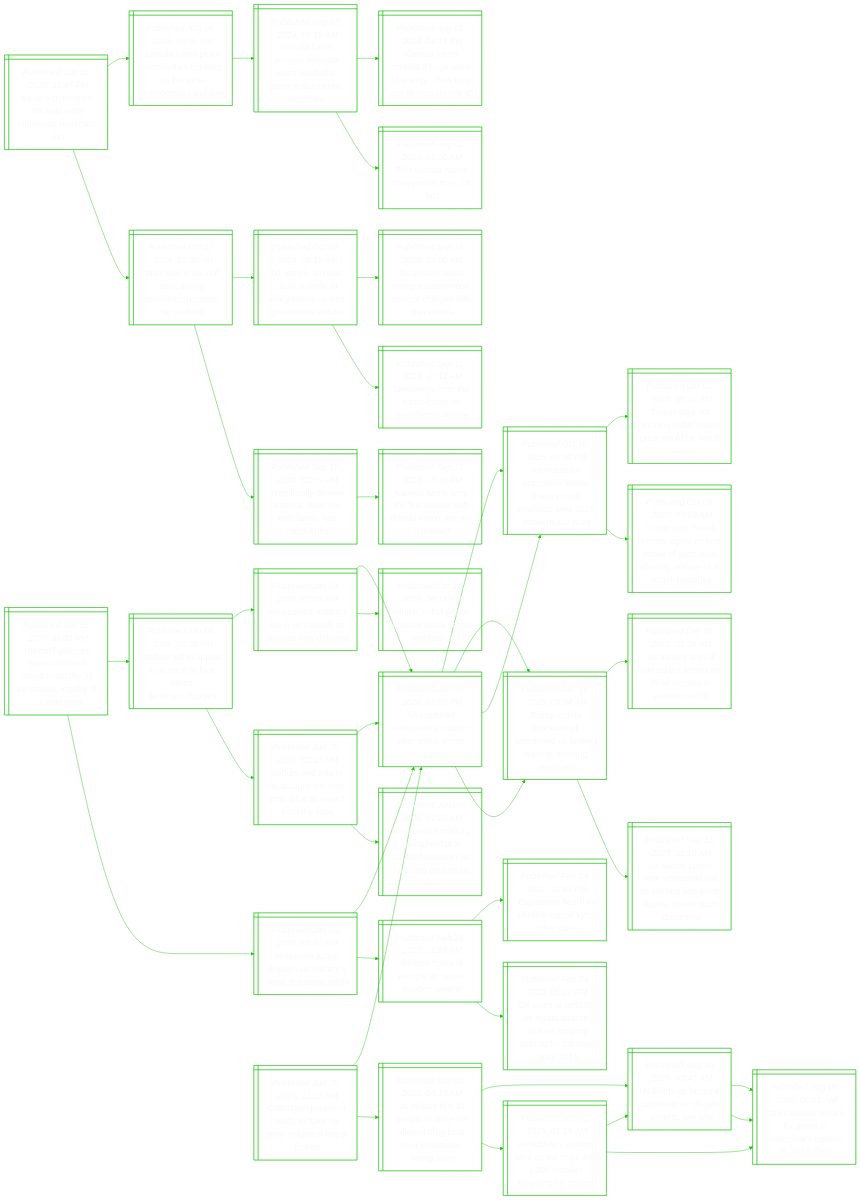
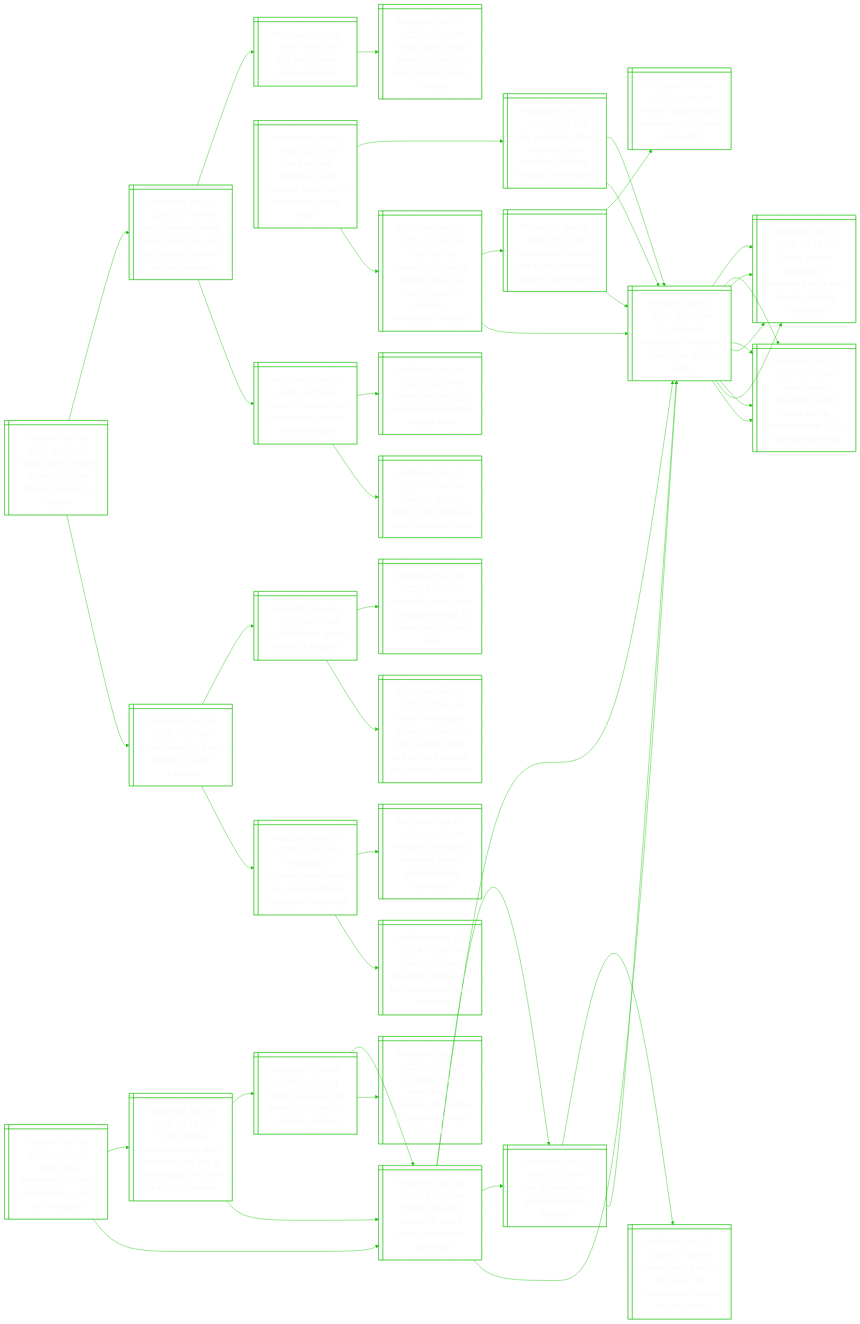
One commit to notJmes/notJmes changed the diagram in README.md. Above: the diagram before and after it, drawn with Mermaid. The commit also changed other lines of this file, not shown here.

````diff
--- a/README.md
+++ b/README.md
@@ -16,130 +16,139 @@
 flowchart LR
 classDef txtsize font-size:20px;
 
-EPnmeioein@{ shape: win-pane, label: "_Published Jan 05, 2026, 11:47 PM_
-Ex-us v-p nominee tim walz ends minnesota reelection run" }
-KaiknaWsiencd@{ shape: win-pane, label: "_Published Aug 06, 2024, 09:01 PM_
-Kamala harris picks minnesota’s tim walz as her vice-presidential candidate" }
-Kaiuetedbeccn@{ shape: win-pane, label: "_Published Aug 03, 2024, 02:19 AM_
-Kamala harris secures delegate votes needed to become democratic nominee" }
-Kaiahaeyoncrt@{ shape: win-pane, label: "_Published Aug 01, 2024, 04:15 PM_
-Kamala harris created a huge wave of energy... how long can democrats ride it?" }
-TaHsymt@{ shape: win-pane, label: "_Published Aug 02, 2024, 05:00 AM_
-This kamala harris honeymoon may not last" }
-WaSsrimosns@{ shape: win-pane, label: "_Published Oct 02, 2024, 10:30 AM_
-Walz was in us, not asia, during tiananmen protests, he confirms" }
-JcWlolohUeiib@{ shape: win-pane, label: "_Published Oct 02, 2024, 08:15 AM_
-J.d. vance, tim walz clash, politely, at policy-heavy us vice-presidential debate" }
-ScaTasitcehr@{ shape: win-pane, label: "_Published Sep 16, 2024, 03:00 AM_
-Suspect in latest trump assassination attempt charged with gun crimes" }
-Twreimrelt@{ shape: win-pane, label: "_Published Sep 11, 2024, 10:12 AM_
-Takeaways from the harris-trump us presidential debate" }
-IilvAcnamani@{ shape: win-pane, label: "_Published Sep 15, 2024, 02:59 PM_
-In politically divided america, even the walz family has painful rifts" }
-KaisiewoTbla@{ shape: win-pane, label: "_Published Sep 11, 2024, 03:40 PM_
-Kamala harris wins the first debate with donald trump, but will it matter?" }
+VuaeflkrmSu@{ shape: win-pane, label: "_Published Jan 06, 2026, 03:45 AM_
+Venezuela lawmakers defiantly back maduro, slam his us capture" }
+Tsrtstsgsh@{ shape: win-pane, label: "_Published Jan 04, 2026, 01:10 PM_
+Trump’s maduro capture is about drugs, immigrants and china" }
+UtVuMorkms@{ shape: win-pane, label: "_Published Jan 03, 2026, 02:58 PM_
+Us captured venezuela’s maduro after strike, trump says" }
+Vuoilranhibai@{ shape: win-pane, label: "_Published Oct 10, 2025, 05:02 PM_
+Venezuelan opposition leader maria corina machado wins 2025 nobel peace prize" }
+Toskftdasitgz@{ shape: win-pane, label: "_Published Dec 17, 2025, 08:34 AM_
+Trump orders blockade of sanctioned oil tankers leaving, entering venezuela" }
+WVuPdisr@{ shape: win-pane, label: "_Published Jan 03, 2026, 07:25 PM_
+Who is venezuela’s president nicolas maduro?" }
+UtVuMorkms@{ shape: win-pane, label: "_Published Jan 03, 2026, 02:58 PM_
+Us captured venezuela’s maduro after strike, trump says" }
+Tstdarzsrtw@{ shape: win-pane, label: "_Published Dec 23, 2025, 07:48 AM_
+Trump says it would be ‘smart’ for venezuela’s maduro to step down" }
+TwVuVcrzpegeenpe@{ shape: win-pane, label: "_Published Jan 05, 2026, 02:15 AM_
+Trump warns venezuelan v-p delcy rodriguez will pay a ‘very big price’ if she doesn’t cooperate" }
+Tsrtstsgsh@{ shape: win-pane, label: "_Published Jan 04, 2026, 01:10 PM_
+Trump’s maduro capture is about drugs, immigrants and china" }
+UtVuMorkms@{ shape: win-pane, label: "_Published Jan 03, 2026, 02:58 PM_
+Us captured venezuela’s maduro after strike, trump says" }
+WVuPdisr@{ shape: win-pane, label: "_Published Jan 03, 2026, 07:25 PM_
+Who is venezuela’s president nicolas maduro?" }
+TsSnzaraeu@{ shape: win-pane, label: "_Published Jan 04, 2026, 01:05 AM_
+Trump says us to run venezuela after raid captures maduro" }
+Usrrfrreiscrs@{ shape: win-pane, label: "_Published Jan 01, 2026, 06:44 AM_
+Us coast guard searches for survivors after strike on suspected drug vessels" }
+Tsrtstsgsh@{ shape: win-pane, label: "_Published Jan 04, 2026, 01:10 PM_
+Trump’s maduro capture is about drugs, immigrants and china" }
 
-EPnmeioein:::txtsize --> KaiknaWsiencd:::txtsize
-KaiknaWsiencd:::txtsize --> Kaiuetedbeccn:::txtsize
-Kaiuetedbeccn:::txtsize --> Kaiahaeyoncrt:::txtsize
-Kaiuetedbeccn:::txtsize --> TaHsymt:::txtsize
-EPnmeioein:::txtsize --> WaSsrimosns:::txtsize
-WaSsrimosns:::txtsize --> JcWlolohUeiib:::txtsize
-JcWlolohUeiib:::txtsize --> ScaTasitcehr:::txtsize
-JcWlolohUeiib:::txtsize --> Twreimrelt:::txtsize
-WaSsrimosns:::txtsize --> IilvAcnamani:::txtsize
-IilvAcnamani:::txtsize --> KaisiewoTbla:::txtsize
+VuaeflkrmSu:::txtsize --> Tsrtstsgsh:::txtsize
+Tsrtstsgsh:::txtsize --> UtVuMorkms:::txtsize
+UtVuMorkms:::txtsize --> Vuoilranhibai:::txtsize
+UtVuMorkms:::txtsize --> Toskftdasitgz:::txtsize
+Tsrtstsgsh:::txtsize --> WVuPdisr:::txtsize
+WVuPdisr:::txtsize --> UtVuMorkms:::txtsize
+WVuPdisr:::txtsize --> Tstdarzsrtw:::txtsize
+VuaeflkrmSu:::txtsize --> TwVuVcrzpegeenpe:::txtsize
+TwVuVcrzpegeenpe:::txtsize --> Tsrtstsgsh:::txtsize
+Tsrtstsgsh:::txtsize --> UtVuMorkms:::txtsize
+Tsrtstsgsh:::txtsize --> WVuPdisr:::txtsize
+TwVuVcrzpegeenpe:::txtsize --> TsSnzaraeu:::txtsize
+TsSnzaraeu:::txtsize --> Usrrfrreiscrs:::txtsize
+TsSnzaraeu:::txtsize --> Tsrtstsgsh:::txtsize
 
-Ueersebniiealfeo@{ shape: win-pane, label: "_Published Jan 05, 2026, 11:31 PM_
-Un chief guterres raises concerns about instability in venezuela, legality of us operation" }
-MooaStccrmg@{ shape: win-pane, label: "_Published Jan 05, 2026, 03:20 PM_
-Maduro set to appear in us court to face narco-terrorism charges" }
+Ilrutpsannlka@{ shape: win-pane, label: "_Published Jan 06, 2026, 02:20 AM_
+Iran’s leaders struggle to end protests, us action in venezuela stokes fears" }
+Iniitgdbiciaenld@{ shape: win-pane, label: "_Published Jan 05, 2026, 02:29 PM_
+It was not an invasion, not illegal and not about oil: marco rubio on capture of venezuela’s maduro" }
+UtVuMorkms@{ shape: win-pane, label: "_Published Jan 03, 2026, 02:58 PM_
+Us captured venezuela’s maduro after strike, trump says" }
+Vuoilranhibai@{ shape: win-pane, label: "_Published Oct 10, 2025, 05:02 PM_
+Venezuelan opposition leader maria corina machado wins 2025 nobel peace prize" }
+Toskftdasitgz@{ shape: win-pane, label: "_Published Dec 17, 2025, 08:34 AM_
+Trump orders blockade of sanctioned oil tankers leaving, entering venezuela" }
 VuMoiuyytdn@{ shape: win-pane, label: "_Published Jan 04, 2026, 07:03 PM_
 Venezuela’s maduro sits in us custody as loyalists vow defiance" }
 UtVuMorkms@{ shape: win-pane, label: "_Published Jan 03, 2026, 02:58 PM_
 Us captured venezuela’s maduro after strike, trump says" }
 WNPlarrao@{ shape: win-pane, label: "_Published Oct 10, 2025, 06:18 PM_
 Who is nobel peace laureate maria corina machado?" }
-MoibadwWocma@{ shape: win-pane, label: "_Published Jan 05, 2026, 02:15 PM_
-Maduro and wife to be arraigned in new york: what to expect from the case" }
-UtVuMorkms@{ shape: win-pane, label: "_Published Jan 03, 2026, 02:58 PM_
-Us captured venezuela’s maduro after strike, trump says" }
-VuMogaodkalnty@{ shape: win-pane, label: "_Published Jan 05, 2026, 07:20 AM_
-Venezuela’s maduro being held at a troubled brooklyn jail following capture by us" }
-Vucdamaoaet@{ shape: win-pane, label: "_Published Jan 05, 2026, 05:40 PM_
-Venezuela action displays us military’s ‘most fearsome’ might" }
+IeeuniiidgdSt@{ shape: win-pane, label: "_Published Jan 05, 2026, 12:16 PM_
+Iran, venezuela found kinship in anti-american ideology, evading us sanctions" }
 UtVuMorkms@{ shape: win-pane, label: "_Published Jan 03, 2026, 02:58 PM_
 Us captured venezuela’s maduro after strike, trump says" }
 Vuoilranhibai@{ shape: win-pane, label: "_Published Oct 10, 2025, 05:02 PM_
 Venezuelan opposition leader maria corina machado wins 2025 nobel peace prize" }
 Toskftdasitgz@{ shape: win-pane, label: "_Published Dec 17, 2025, 08:34 AM_
 Trump orders blockade of sanctioned oil tankers leaving, entering venezuela" }
-DsruasvUn@{ shape: win-pane, label: "_Published Feb 24, 2022, 11:01 AM_
-'darkest hours of europe' as russia invades ukraine" }
-Eshiaalocs@{ shape: win-pane, label: "_Published Feb 24, 2022, 12:41 PM_
-Explosions heard in ukraine capital kyiv, other cities" }
-OaUuakaogrmc@{ shape: win-pane, label: "_Published Feb 24, 2022, 05:20 PM_
-Oil soars to us$105 as russia attacks ukraine, topping us$100 for 1st time since 2014" }
-
-Ueersebniiealfeo:::txtsize --> MooaStccrmg:::txtsize
-MooaStccrmg:::txtsize --> VuMoiuyytdn:::txtsize
-VuMoiuyytdn:::txtsize --> UtVuMorkms:::txtsize
-VuMoiuyytdn:::txtsize --> WNPlarrao:::txtsize
-MooaStccrmg:::txtsize --> MoibadwWocma:::txtsize
-MoibadwWocma:::txtsize --> UtVuMorkms:::txtsize
-MoibadwWocma:::txtsize --> VuMogaodkalnty:::txtsize
-Ueersebniiealfeo:::txtsize --> Vucdamaoaet:::txtsize
-Vucdamaoaet:::txtsize --> UtVuMorkms:::txtsize
-UtVuMorkms:::txtsize --> Vuoilranhibai:::txtsize
-UtVuMorkms:::txtsize --> Toskftdasitgz:::txtsize
-Vucdamaoaet:::txtsize --> DsruasvUn:::txtsize
-DsruasvUn:::txtsize --> Eshiaalocs:::txtsize
-DsruasvUn:::txtsize --> OaUuakaogrmc:::txtsize
-
-Cbreatpieur@{ shape: win-pane, label: "_Published Jan 05, 2026, 11:01 PM_
-Colombian president ready to ‘take up arms’ in face of trump threats" }
 UtVuMorkms@{ shape: win-pane, label: "_Published Jan 03, 2026, 02:58 PM_
 Us captured venezuela’s maduro after strike, trump says" }
 Vuoilranhibai@{ shape: win-pane, label: "_Published Oct 10, 2025, 05:02 PM_
 Venezuelan opposition leader maria corina machado wins 2025 nobel peace prize" }
-TsonoeroelS@{ shape: win-pane, label: "_Published Oct 01, 2025, 05:12 AM_
-Trump says not winning nobel peace prize would be ‘insult’ to us" }
-TssHaossaaorslaoe@{ shape: win-pane, label: "_Published Oct 09, 2025, 05:09 AM_
-Trump says israel, hamas agree on first phase of gaza deal, allowing release of all israeli hostages" }
 Toskftdasitgz@{ shape: win-pane, label: "_Published Dec 17, 2025, 08:34 AM_
 Trump orders blockade of sanctioned oil tankers leaving, entering venezuela" }
-Uistitktvlanf@{ shape: win-pane, label: "_Published Dec 16, 2025, 11:09 AM_
-Us military says it carried out strikes on three vessels in eastern pacific" }
-Uznenltrwtphoon@{ shape: win-pane, label: "_Published Dec 13, 2025, 11:10 AM_
-Us seized tanker near venezuela just as warrant was set to expire, shows court document" }
-UikperngutVura@{ shape: win-pane, label: "_Published Sep 03, 2025, 04:19 AM_
-Us military kills 11 people in strike on alleged drug boat from venezuela, trump says" }
-Ulfsrafapay@{ shape: win-pane, label: "_Published Aug 30, 2025, 03:43 AM_
-Us builds up forces in caribbean as officials, experts, ask why" }
-Ursratnldoi@{ shape: win-pane, label: "_Published Aug 08, 2025, 06:51 AM_
-Us increases reward for arrest of venezeula’s maduro to $64 million" }
-Ursratnldoi@{ shape: win-pane, label: "_Published Aug 08, 2025, 06:51 AM_
-Us increases reward for arrest of venezeula’s maduro to $64 million" }
-VuMoUswieggoy@{ shape: win-pane, label: "_Published Sep 02, 2025, 01:19 AM_
-Venezuela’s maduro says us warships with 1,200 missiles targeting his country" }
-Ulfsrafapay@{ shape: win-pane, label: "_Published Aug 30, 2025, 03:43 AM_
-Us builds up forces in caribbean as officials, experts, ask why" }
-Ursratnldoi@{ shape: win-pane, label: "_Published Aug 08, 2025, 06:51 AM_
-Us increases reward for arrest of venezeula’s maduro to $64 million" }
 
-Cbreatpieur:::txtsize --> UtVuMorkms:::txtsize
+Ilrutpsannlka:::txtsize --> Iniitgdbiciaenld:::txtsize
+Iniitgdbiciaenld:::txtsize --> UtVuMorkms:::txtsize
 UtVuMorkms:::txtsize --> Vuoilranhibai:::txtsize
-Vuoilranhibai:::txtsize --> TsonoeroelS:::txtsize
-Vuoilranhibai:::txtsize --> TssHaossaaorslaoe:::txtsize
 UtVuMorkms:::txtsize --> Toskftdasitgz:::txtsize
-Toskftdasitgz:::txtsize --> Uistitktvlanf:::txtsize
-Toskftdasitgz:::txtsize --> Uznenltrwtphoon:::txtsize
-Cbreatpieur:::txtsize --> UikperngutVura:::txtsize
-UikperngutVura:::txtsize --> Ulfsrafapay:::txtsize
-Ulfsrafapay:::txtsize --> Ursratnldoi:::txtsize
-Ulfsrafapay:::txtsize --> Ursratnldoi:::txtsize
-UikperngutVura:::txtsize --> VuMoUswieggoy:::txtsize
-VuMoUswieggoy:::txtsize --> Ulfsrafapay:::txtsize
-VuMoUswieggoy:::txtsize --> Ursratnldoi:::txtsize
+Iniitgdbiciaenld:::txtsize --> VuMoiuyytdn:::txtsize
+VuMoiuyytdn:::txtsize --> UtVuMorkms:::txtsize
+VuMoiuyytdn:::txtsize --> WNPlarrao:::txtsize
+Ilrutpsannlka:::txtsize --> IeeuniiidgdSt:::txtsize
+IeeuniiidgdSt:::txtsize --> UtVuMorkms:::txtsize
+UtVuMorkms:::txtsize --> Vuoilranhibai:::txtsize
+UtVuMorkms:::txtsize --> Toskftdasitgz:::txtsize
+IeeuniiidgdSt:::txtsize --> UtVuMorkms:::txtsize
+UtVuMorkms:::txtsize --> Vuoilranhibai:::txtsize
+UtVuMorkms:::txtsize --> Toskftdasitgz:::txtsize
+
+Ilnifoamria@{ shape: win-pane, label: "_Published Jan 06, 2026, 12:40 AM_
+Israel begins strikes of hezbollah and hamas ‘targets’ in lebanon" }
+Ilcrtsub@{ shape: win-pane, label: "_Published Dec 05, 2025, 09:55 AM_
+Israel launches fresh strikes on south lebanon" }
+TafnemsHleikl@{ shape: win-pane, label: "_Published Nov 27, 2024, 02:56 AM_
+Thousands of lebanese head home as israel-hezbollah ceasefire takes hold" }
+IlocfheUktid@{ shape: win-pane, label: "_Published Nov 27, 2024, 05:28 AM_
+Israel-hezbollah ceasefire: what does the us-brokered truce include?" }
+PeLoseeaeao@{ shape: win-pane, label: "_Published Nov 26, 2024, 07:13 PM_
+Prospect of lebanon ceasefire leaves gazans feeling abandoned" }
+EdIlinn@{ shape: win-pane, label: "_Published Nov 08, 2025, 06:35 PM_
+Eu condemns israeli strikes in lebanon" }
+Ilamliiaiitacpaou@{ shape: win-pane, label: "_Published Jun 14, 2025, 07:54 AM_
+Israel exchanges missile strikes with iran as bid to wipe out tehran’s nuclear programme continues" }
+HlahemioneaIl@{ shape: win-pane, label: "_Published Nov 06, 2025, 07:20 PM_
+Hezbollah says it has a ‘legitimate right’ to defend itself against israel" }
+IueeslyatsrSa@{ shape: win-pane, label: "_Published Jan 03, 2026, 07:35 PM_
+Iran supreme leader says he will not yield as protests simmer and us threatens" }
+Tttreteaea@{ shape: win-pane, label: "_Published Jan 02, 2026, 04:25 PM_
+Trump threatens iran over protest deaths as unrest flares" }
+Saokdatocis@{ shape: win-pane, label: "_Published Jan 01, 2026, 07:34 PM_
+Several reported killed in iran protests over economic woes" }
+CdnerneMA@{ shape: win-pane, label: "_Published Sep 16, 2023, 04:22 PM_
+Clampdown and grief as iranians remember mahsa amini" }
+Wraeid@{ shape: win-pane, label: "_Published Jun 19, 2025, 05:00 PM_
+Will iran’s hated regime implode?" }
+TuTnunaantrt@{ shape: win-pane, label: "_Published Jun 17, 2025, 09:10 AM_
+Trump urges tehran evacuation as iran-israel conflict enters fifth day" }
+
+Ilnifoamria:::txtsize --> Ilcrtsub:::txtsize
+Ilcrtsub:::txtsize --> TafnemsHleikl:::txtsize
+TafnemsHleikl:::txtsize --> IlocfheUktid:::txtsize
+TafnemsHleikl:::txtsize --> PeLoseeaeao:::txtsize
+Ilcrtsub:::txtsize --> EdIlinn:::txtsize
+EdIlinn:::txtsize --> Ilamliiaiitacpaou:::txtsize
+EdIlinn:::txtsize --> HlahemioneaIl:::txtsize
+Ilnifoamria:::txtsize --> IueeslyatsrSa:::txtsize
+IueeslyatsrSa:::txtsize --> Tttreteaea:::txtsize
+Tttreteaea:::txtsize --> Saokdatocis:::txtsize
+Tttreteaea:::txtsize --> CdnerneMA:::txtsize
+IueeslyatsrSa:::txtsize --> Wraeid:::txtsize
+Wraeid:::txtsize --> TuTnunaantrt:::txtsize
 
 ```
````
